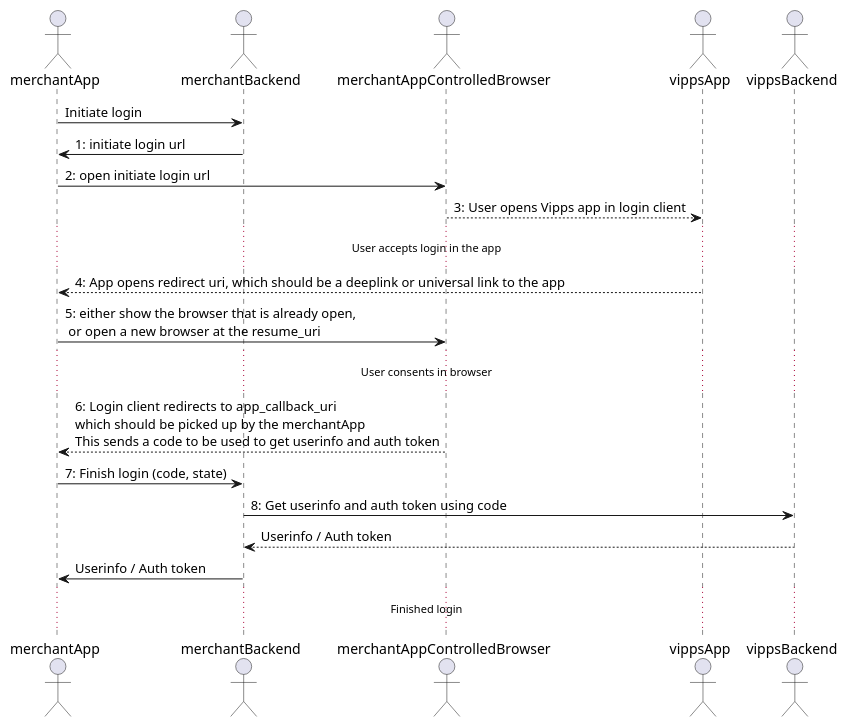
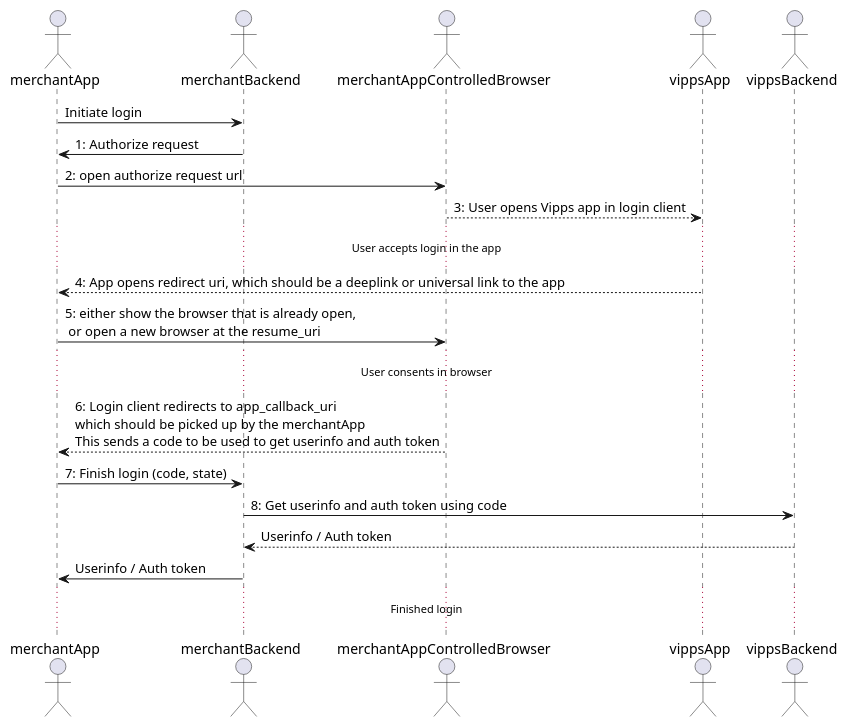
The diagram in images/app2appsuggestion.puml (vippsas/vipps-login-api), drawn with PlantUML before and after one commit. The commit also changed 2 other files, not shown here.

```diff
--- a/images/app2appsuggestion.puml
+++ b/images/app2appsuggestion.puml
@@ -1,26 +1,26 @@
 @startuml component
 actor merchantApp
 actor merchantBackend
 actor merchantAppControlledBrowser
 actor vippsApp
 actor vippsBackend
 
 merchantApp -> merchantBackend : Initiate login
-merchantBackend -> merchantApp: 1: initiate login url
-merchantApp -> merchantAppControlledBrowser : 2: open initiate login url
+merchantBackend -> merchantApp: 1: Authorize request
+merchantApp -> merchantAppControlledBrowser : 2: open authorize request url
 merchantAppControlledBrowser --> vippsApp : 3: User opens Vipps app in login client
 ...User accepts login in the app...
 vippsApp --> merchantApp : 4: App opens redirect uri, which should be a deeplink or universal link to the app
 merchantApp -> merchantAppControlledBrowser : 5: either show the browser that is already open,\n\
  or open a new browser at the resume_uri
 ...User consents in browser...
 merchantAppControlledBrowser --> merchantApp : 6: Login client redirects to app_callback_uri\n\
 which should be picked up by the merchantApp\n\
 This sends a code to be used to get userinfo and auth token
 merchantApp -> merchantBackend : 7: Finish login (code, state)
 merchantBackend -> vippsBackend : 8: Get userinfo and auth token using code
 vippsBackend --> merchantBackend : Userinfo / Auth token
 merchantBackend -> merchantApp : Userinfo / Auth token
 ...Finished login...
 
 @enduml
```
